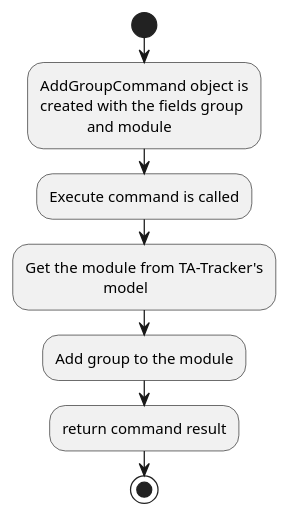
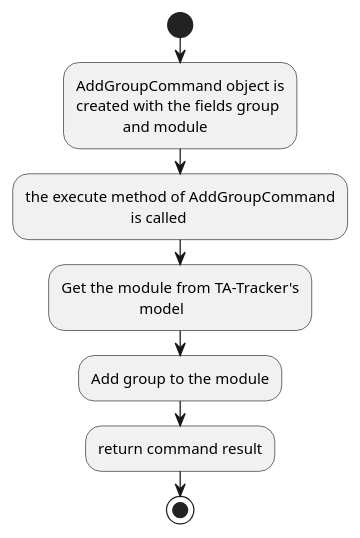
One commit to nus-cs2103-AY1920S2/addressbook-level3 changed the diagram in docs/diagrams/module-view/AddGroupActivityDiagram.puml. Above: the diagram before and after it, drawn with PlantUML. The commit also changed 1 other file, not shown here.

```diff
--- a/docs/diagrams/module-view/AddGroupActivityDiagram.puml
+++ b/docs/diagrams/module-view/AddGroupActivityDiagram.puml
@@ -1,18 +1,19 @@
 @startuml
 start
 :AddGroupCommand object is
 created with the fields group
             and module;
 
-:Execute command is called;
+:the execute method of AddGroupCommand
+                           is called;
 
 :Get the module from TA-Tracker's
                     model;
 
 :Add group to the module;
 
 
 :return command result;
 
 stop
 @enduml
```
